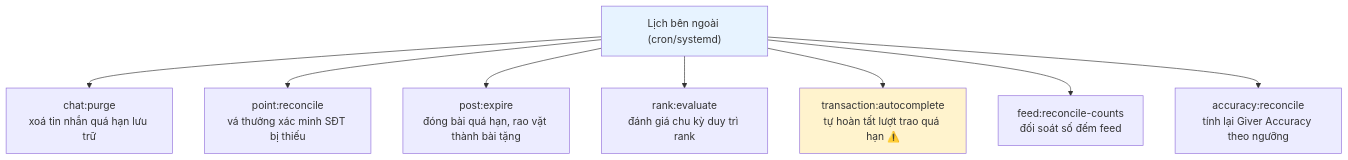
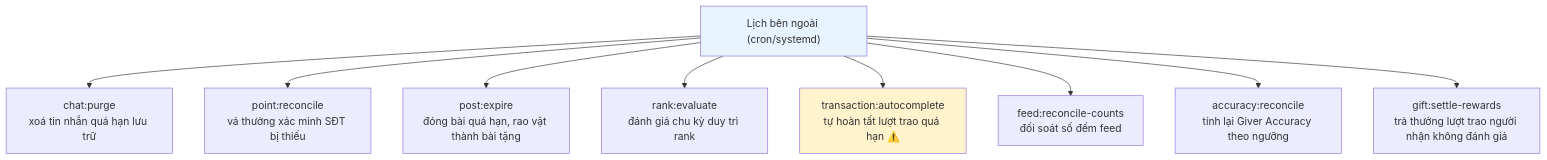
The first of 4 diagrams in docs/diagram/17-jobs.md (fdshn/trueheart), drawn with Mermaid before and after one commit. The commit also changed other lines of this file and 24 other files, not shown here.

First line of the commit message:
feat(point): cộng điểm khi lượt trao hoàn tất, hai đường một khoá (F40)

````diff
--- a/docs/diagram/17-jobs.md
+++ b/docs/diagram/17-jobs.md
@@ -7,13 +7,14 @@
 ```mermaid
 flowchart TD
     C["Lịch bên ngoài (cron/systemd)"] --> A["chat:purge<br/>xoá tin nhắn quá hạn lưu trữ"]
     C --> B["point:reconcile<br/>vá thưởng xác minh SĐT bị thiếu"]
     C --> D["post:expire<br/>đóng bài quá hạn, rao vặt thành bài tặng"]
     C --> E["rank:evaluate<br/>đánh giá chu kỳ duy trì rank"]
     C --> F["transaction:autocomplete<br/>tự hoàn tất lượt trao quá hạn ⚠️"]
     C --> G["feed:reconcile-counts<br/>đối soát số đếm feed"]
     C --> H["accuracy:reconcile<br/>tính lại Giver Accuracy theo ngưỡng"]
+    C --> I["gift:settle-rewards<br/>trả thưởng lượt trao người nhận không đánh giá"]
 
     style C fill:#e7f3ff
     style F fill:#fff3cd
 ```
````
